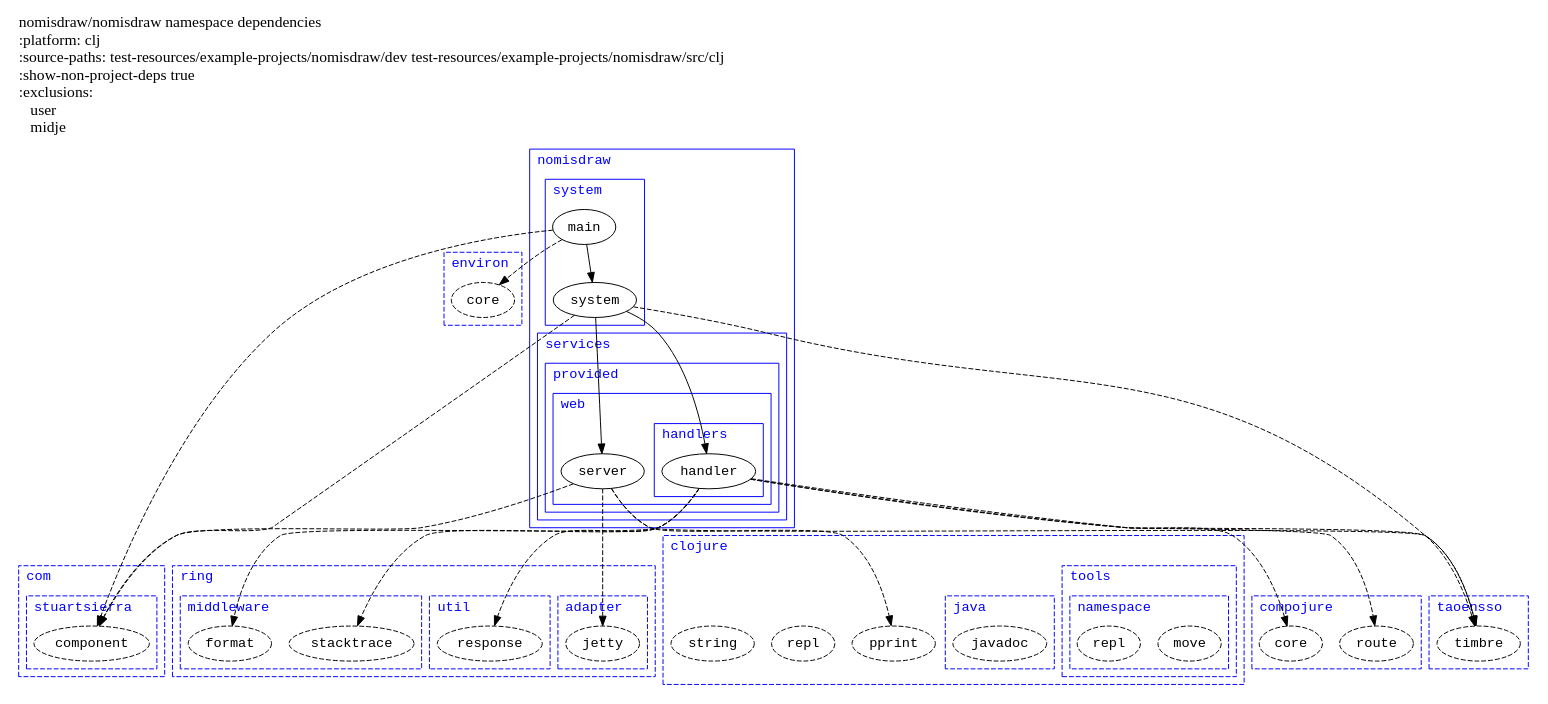
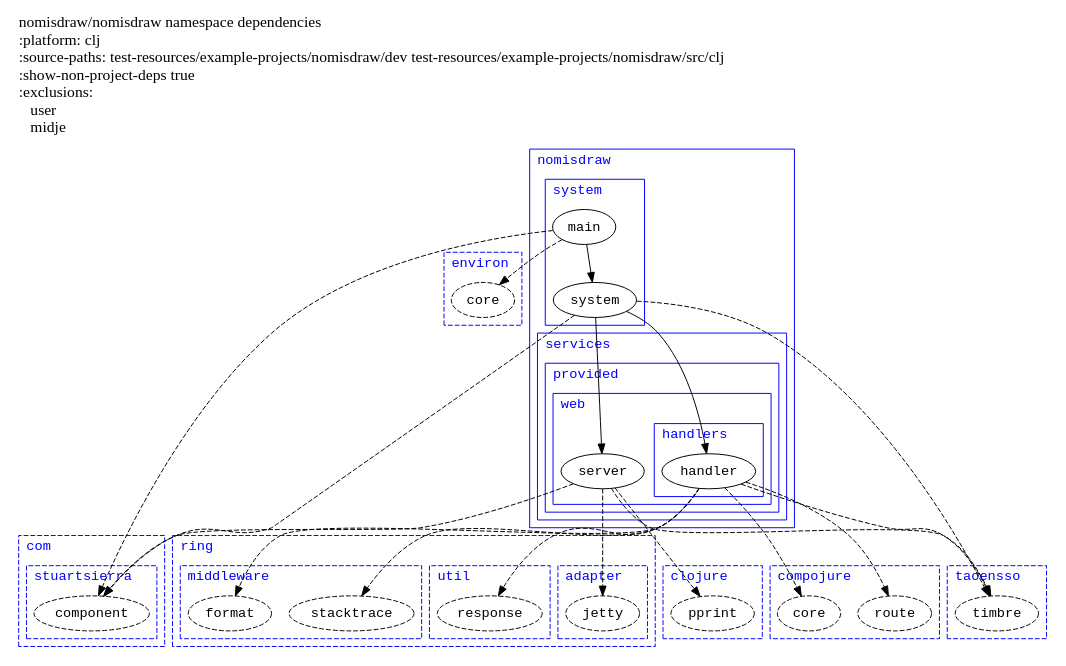
Before and after one commit to simon-katz/lein-nomis-ns-graph: the diagram in test-resources/output/ns-graphing/nomis-ns-graph-clj-with-externals-actual.gv, drawn with Graphviz. The commit also changed 4 other files, not shown here.

```diff
--- a/test-resources/output/ns-graphing/nomis-ns-graph-clj-with-externals-actual.gv
+++ b/test-resources/output/ns-graphing/nomis-ns-graph-clj-with-externals-actual.gv
@@ -1,198 +1,169 @@
 digraph {
 graph[dpi=72, rankdir=TP]
 node[fontname="Monospace"]
 edge[fontname="Monospace"]
 
 labeljust=left
 subgraph cluster2 {
 graph[dpi=100, style=dashed, label="taoensso", color=blue, fontcolor=blue, fontname="Monospace", rankdir=TP]
 node[fontname="Monospace"]
 edge[fontname="Monospace"]
 
 node4[style=dashed, label="timbre", color=black, fontcolor=black]
 labeljust=left
 }
 
 subgraph cluster6 {
 graph[dpi=100, style=dashed, label="compojure", color=blue, fontcolor=blue, fontname="Monospace", rankdir=TP]
 node[fontname="Monospace"]
 edge[fontname="Monospace"]
 
 node8[style=dashed, label="route", color=black, fontcolor=black]
 node10[style=dashed, label="core", color=black, fontcolor=black]
 labeljust=left
 }
 
 subgraph cluster12 {
 graph[dpi=100, style=dashed, label="environ", color=blue, fontcolor=blue, fontname="Monospace", rankdir=TP]
 node[fontname="Monospace"]
 edge[fontname="Monospace"]
 
 node14[style=dashed, label="core", color=black, fontcolor=black]
 labeljust=left
 }
 
 subgraph cluster16 {
 graph[dpi=100, style=dashed, label="com", color=blue, fontcolor=blue, fontname="Monospace", rankdir=TP]
 node[fontname="Monospace"]
 edge[fontname="Monospace"]
 
 labeljust=left
 subgraph cluster18 {
 graph[dpi=100, style=dashed, label="stuartsierra", color=blue, fontcolor=blue, fontname="Monospace", rankdir=TP]
 node[fontname="Monospace"]
 edge[fontname="Monospace"]
 
 node20[style=dashed, label="component", color=black, fontcolor=black]
 labeljust=left
 }
 
 }
 
 subgraph cluster22 {
 graph[dpi=100, style=dashed, label="ring", color=blue, fontcolor=blue, fontname="Monospace", rankdir=TP]
 node[fontname="Monospace"]
 edge[fontname="Monospace"]
 
 labeljust=left
 subgraph cluster24 {
 graph[dpi=100, style=dashed, label="adapter", color=blue, fontcolor=blue, fontname="Monospace", rankdir=TP]
 node[fontname="Monospace"]
 edge[fontname="Monospace"]
 
 node26[style=dashed, label="jetty", color=black, fontcolor=black]
 labeljust=left
 }
 
 subgraph cluster28 {
 graph[dpi=100, style=dashed, label="util", color=blue, fontcolor=blue, fontname="Monospace", rankdir=TP]
 node[fontname="Monospace"]
 edge[fontname="Monospace"]
 
 node30[style=dashed, label="response", color=black, fontcolor=black]
 labeljust=left
 }
 
 subgraph cluster32 {
 graph[dpi=100, style=dashed, label="middleware", color=blue, fontcolor=blue, fontname="Monospace", rankdir=TP]
 node[fontname="Monospace"]
 edge[fontname="Monospace"]
 
 node34[style=dashed, label="stacktrace", color=black, fontcolor=black]
 node36[style=dashed, label="format", color=black, fontcolor=black]
 labeljust=left
 }
 
 }
 
 subgraph cluster38 {
 graph[dpi=100, style=dashed, label="clojure", color=blue, fontcolor=blue, fontname="Monospace", rankdir=TP]
 node[fontname="Monospace"]
 edge[fontname="Monospace"]
 
 node40[style=dashed, label="pprint", color=black, fontcolor=black]
-node42[style=dashed, label="repl", color=black, fontcolor=black]
-node44[style=dashed, label="string", color=black, fontcolor=black]
+labeljust=left
+}
+
+subgraph cluster42 {
+graph[dpi=100, style=solid, label="nomisdraw", color=blue, fontcolor=blue, fontname="Monospace", rankdir=TP]
+node[fontname="Monospace"]
+edge[fontname="Monospace"]
+
+labeljust=left
+subgraph cluster44 {
+graph[dpi=100, style=solid, label="services", color=blue, fontcolor=blue, fontname="Monospace", rankdir=TP]
+node[fontname="Monospace"]
+edge[fontname="Monospace"]
+
 labeljust=left
 subgraph cluster46 {
-graph[dpi=100, style=dashed, label="tools", color=blue, fontcolor=blue, fontname="Monospace", rankdir=TP]
+graph[dpi=100, style=solid, label="provided", color=blue, fontcolor=blue, fontname="Monospace", rankdir=TP]
 node[fontname="Monospace"]
 edge[fontname="Monospace"]
 
 labeljust=left
 subgraph cluster48 {
-graph[dpi=100, style=dashed, label="namespace", color=blue, fontcolor=blue, fontname="Monospace", rankdir=TP]
-node[fontname="Monospace"]
-edge[fontname="Monospace"]
-
-node50[style=dashed, label="move", color=black, fontcolor=black]
-node52[style=dashed, label="repl", color=black, fontcolor=black]
-labeljust=left
-}
-
-}
-
-subgraph cluster54 {
-graph[dpi=100, style=dashed, label="java", color=blue, fontcolor=blue, fontname="Monospace", rankdir=TP]
-node[fontname="Monospace"]
-edge[fontname="Monospace"]
-
-node56[style=dashed, label="javadoc", color=black, fontcolor=black]
-labeljust=left
-}
-
-}
-
-subgraph cluster58 {
-graph[dpi=100, style=solid, label="nomisdraw", color=blue, fontcolor=blue, fontname="Monospace", rankdir=TP]
-node[fontname="Monospace"]
-edge[fontname="Monospace"]
-
-labeljust=left
-subgraph cluster60 {
-graph[dpi=100, style=solid, label="services", color=blue, fontcolor=blue, fontname="Monospace", rankdir=TP]
-node[fontname="Monospace"]
-edge[fontname="Monospace"]
-
-labeljust=left
-subgraph cluster62 {
-graph[dpi=100, style=solid, label="provided", color=blue, fontcolor=blue, fontname="Monospace", rankdir=TP]
-node[fontname="Monospace"]
-edge[fontname="Monospace"]
-
-labeljust=left
-subgraph cluster64 {
 graph[dpi=100, style=solid, label="web", color=blue, fontcolor=blue, fontname="Monospace", rankdir=TP]
 node[fontname="Monospace"]
 edge[fontname="Monospace"]
 
-node66[style=solid, label="server", color=black, fontcolor=black]
+node50[style=solid, label="server", color=black, fontcolor=black]
 labeljust=left
-subgraph cluster68 {
+subgraph cluster52 {
 graph[dpi=100, style=solid, label="handlers", color=blue, fontcolor=blue, fontname="Monospace", rankdir=TP]
 node[fontname="Monospace"]
 edge[fontname="Monospace"]
 
-node70[style=solid, label="handler", color=black, fontcolor=black]
+node54[style=solid, label="handler", color=black, fontcolor=black]
 labeljust=left
 }
 
 }
 
 }
 
 }
 
-subgraph cluster72 {
+subgraph cluster56 {
 graph[dpi=100, style=solid, label="system", color=blue, fontcolor=blue, fontname="Monospace", rankdir=TP]
 node[fontname="Monospace"]
 edge[fontname="Monospace"]
 
-node74[style=solid, label="system", color=black, fontcolor=black]
-node76[style=solid, label="main", color=black, fontcolor=black]
+node58[style=solid, label="system", color=black, fontcolor=black]
+node60[style=solid, label="main", color=black, fontcolor=black]
 labeljust=left
 }
 
 }
 
-node70 -> node34[style=dashed, label=""]
-node70 -> node36[style=dashed, label=""]
-node70 -> node8[style=dashed, label=""]
-node70 -> node10[style=dashed, label=""]
-node70 -> node4[style=dashed, label=""]
-node70 -> node30[style=dashed, label=""]
-node74 -> node70[style=solid, label=""]
-node74 -> node66[style=solid, label=""]
-node74 -> node20[style=dashed, label=""]
-node74 -> node4[style=dashed, label=""]
-node66 -> node26[style=dashed, label=""]
-node66 -> node20[style=dashed, label=""]
-node66 -> node40[style=dashed, label=""]
-node66 -> node4[style=dashed, label=""]
-node76 -> node74[style=solid, label=""]
-node76 -> node20[style=dashed, label=""]
-node76 -> node14[style=dashed, label=""]
+node54 -> node34[style=dashed, label=""]
+node54 -> node36[style=dashed, label=""]
+node54 -> node8[style=dashed, label=""]
+node54 -> node10[style=dashed, label=""]
+node54 -> node4[style=dashed, label=""]
+node54 -> node30[style=dashed, label=""]
+node58 -> node54[style=solid, label=""]
+node58 -> node50[style=solid, label=""]
+node58 -> node20[style=dashed, label=""]
+node58 -> node4[style=dashed, label=""]
+node50 -> node26[style=dashed, label=""]
+node50 -> node20[style=dashed, label=""]
+node50 -> node40[style=dashed, label=""]
+node50 -> node4[style=dashed, label=""]
+node60 -> node58[style=solid, label=""]
+node60 -> node20[style=dashed, label=""]
+node60 -> node14[style=dashed, label=""]
 label="nomisdraw/nomisdraw namespace dependencies\l:platform: clj\l:source-paths: test-resources/example-projects/nomisdraw/dev test-resources/example-projects/nomisdraw/src/clj\l:show-non-project-deps true\l:exclusions:\l    user\l    midje\l"
 labelloc=top
 fontsize=16.0
 }
```
